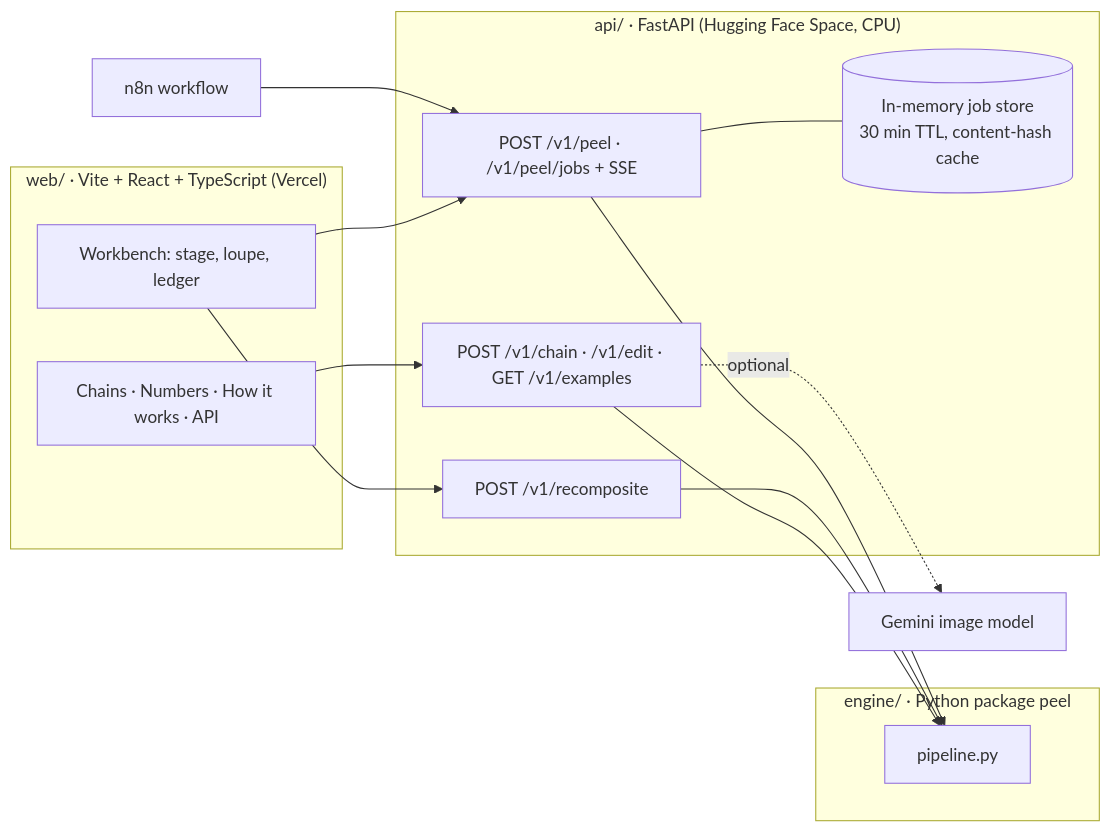
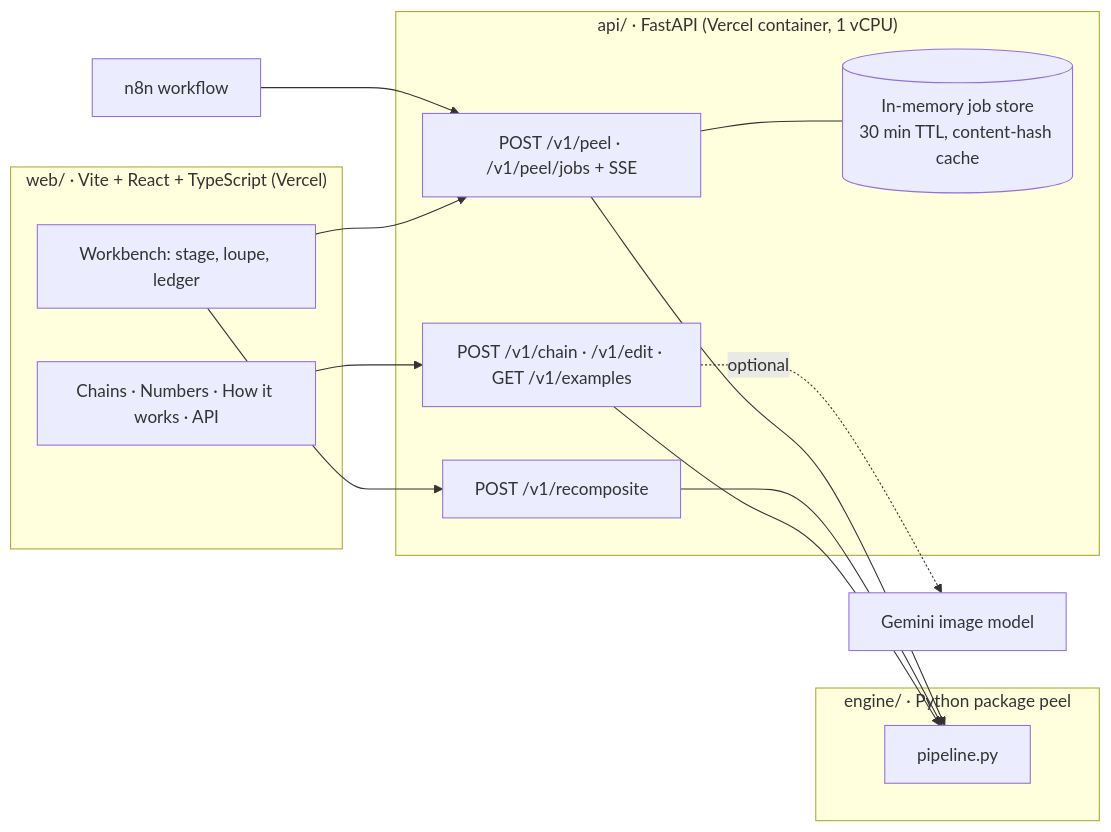
The first of 2 diagrams in docs/architecture.md (rahulgunwanistudy-2005/Peel), drawn with Mermaid before and after one commit. The commit also changed other lines of this file and 32 other files, not shown here.

````diff
--- a/docs/architecture.md
+++ b/docs/architecture.md
@@ -5,22 +5,22 @@
 ```mermaid
 flowchart LR
   subgraph Web["web/ · Vite + React + TypeScript (Vercel)"]
     W1[Workbench: stage, loupe, ledger]
     W2[Chains · Numbers · How it works · API]
   end
-  subgraph API["api/ · FastAPI (Hugging Face Space, CPU)"]
+  subgraph API["api/ · FastAPI (Vercel container, 1 vCPU)"]
     A1["POST /v1/peel · /v1/peel/jobs + SSE"]
     A2["POST /v1/recomposite"]
     A3["POST /v1/chain · /v1/edit · GET /v1/examples"]
     S[(In-memory job store<br/>30 min TTL, content-hash cache)]
   end
   subgraph Engine["engine/ · Python package peel"]
     P[pipeline.py]
   end
   N[n8n workflow] --> A1
   W1 --> A1 & A2
   W2 --> A3
   A1 & A2 & A3 --> P
   A1 --- S
   A3 -. optional .-> G[Gemini image model]
 ```
````
